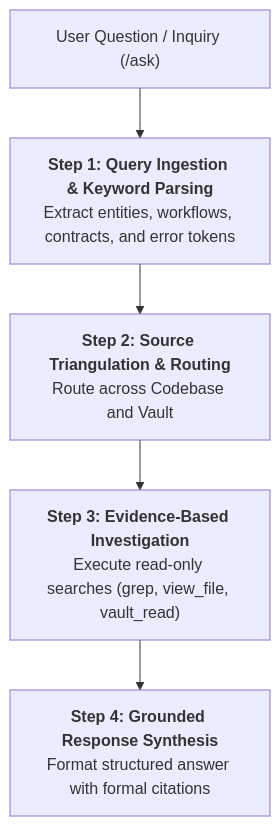
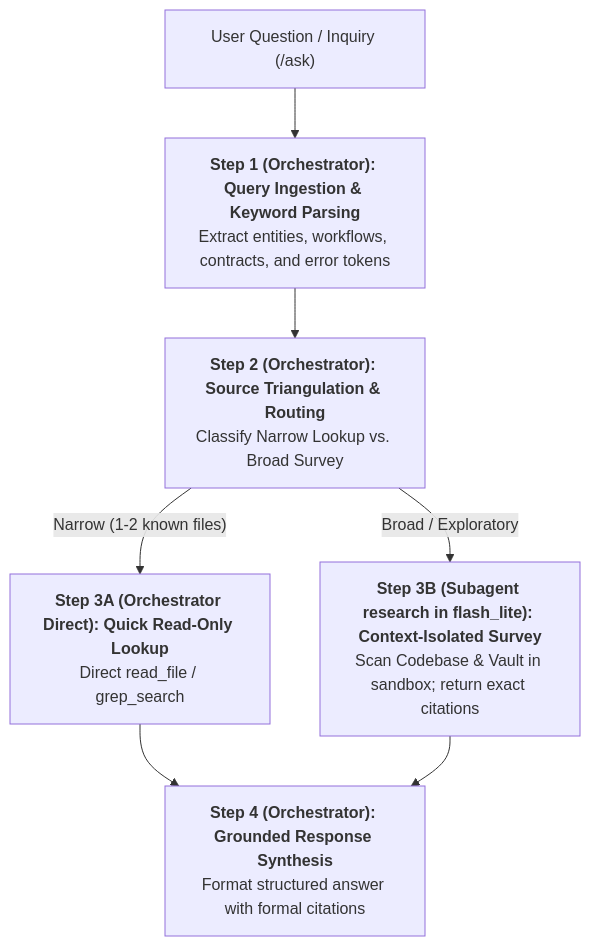
Before and after one commit to MarcosVeniciu/antigravity-agentic-skills: the diagram in skills/ask/SKILL.md, drawn with Mermaid. The commit also changed other lines of this file and 23 other files, not shown here.

Commit message:
feat(skills): evolve Tier 1 and Tier 2 skills to SDD 2.0 subagent architecture and complete doc/ READMEs

````diff
--- a/skills/ask/SKILL.md
+++ b/skills/ask/SKILL.md
@@ -27,7 +29,8 @@
 ```mermaid
 flowchart TD
-    Query["User Question / Inquiry (/ask)"] --> S1["<b>Step 1: Query Ingestion & Keyword Parsing</b><br/>Extract entities, workflows, contracts, and error tokens"]
-    S1 --> S2["<b>Step 2: Source Triangulation & Routing</b><br/>Route across Codebase and Vault"]
-    S2 --> S3["<b>Step 3: Evidence-Based Investigation</b><br/>Execute read-only searches (grep, view_file, vault_read)"]
-    S3 --> S4["<b>Step 4: Grounded Response Synthesis</b><br/>Format structured answer with formal citations"]
+    Query["User Question / Inquiry (/ask)"] --> S1["<b>Step 1 (Orchestrator): Query Ingestion & Keyword Parsing</b><br/>Extract entities, workflows, contracts, and error tokens"]
+    S1 --> S2["<b>Step 2 (Orchestrator): Source Triangulation & Routing</b><br/>Classify Narrow Lookup vs. Broad Survey"]
+    S2 -->|"Narrow (1-2 known files)"| S3A["<b>Step 3A (Orchestrator Direct): Quick Read-Only Lookup</b><br/>Direct read_file / grep_search"]
+    S2 -->|"Broad / Exploratory"| S3B["<b>Step 3B (Subagent research in flash_lite): Context-Isolated Survey</b><br/>Scan Codebase & Vault in sandbox; return exact citations"]
+    S3A & S3B --> S4["<b>Step 4 (Orchestrator): Grounded Response Synthesis</b><br/>Format structured answer with formal citations"]
 ```
````
